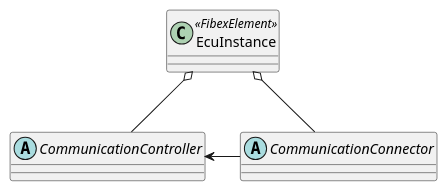
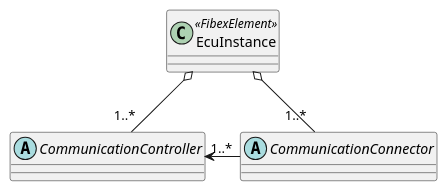
One commit to hazemanwer2000/knowledge-base changed the third of 6 diagrams in vault-base/AUTOSAR-ECU-Extract.md. Above: the diagram before and after it, drawn with PlantUML. The commit also changed other lines of this file and 1 other file, not shown here.

Commit message:
AUTOSAR: ECU-Extract!

````diff
--- a/vault-base/AUTOSAR-ECU-Extract.md
+++ b/vault-base/AUTOSAR-ECU-Extract.md
@@ -41,8 +41,8 @@
 ```plantuml
 class EcuInstance <<FibexElement>>
 abstract CommunicationController
 abstract CommunicationConnector
-EcuInstance o-- CommunicationController
-EcuInstance o-- CommunicationConnector
-CommunicationController <-right- CommunicationConnector
+EcuInstance o-- "1..*" CommunicationController
+EcuInstance o-- "1..*" CommunicationConnector
+CommunicationController "1..*" <-right- CommunicationConnector
 ```
````
